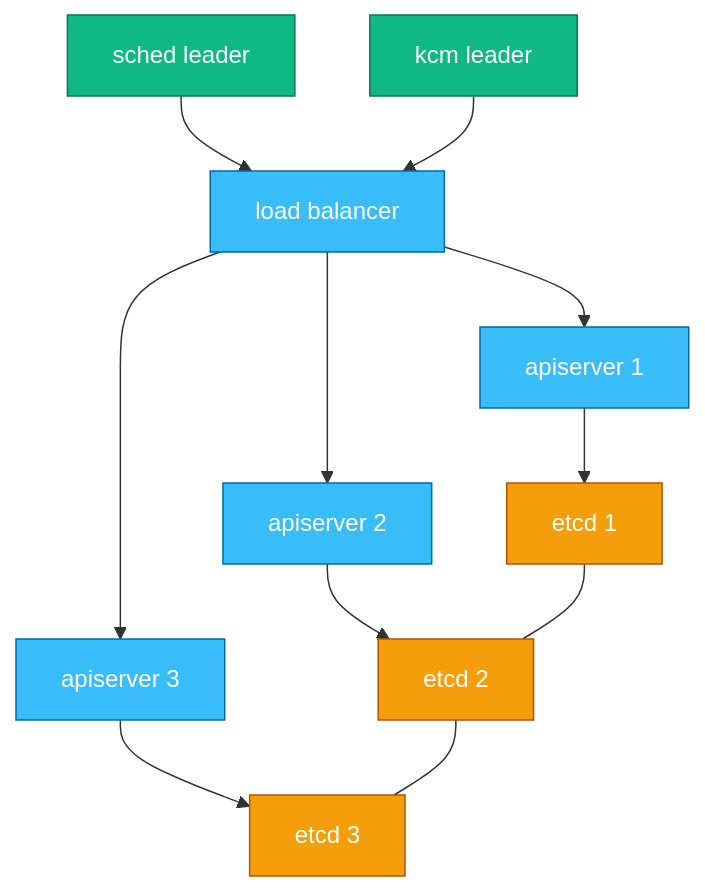
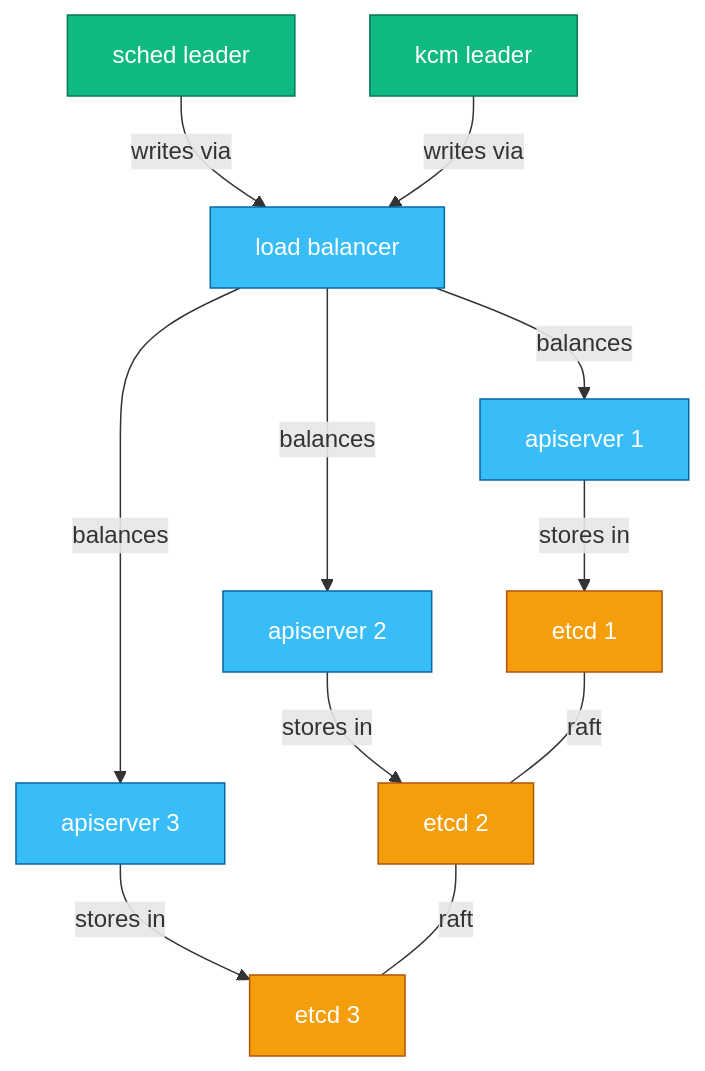
One commit to sanketsudake/k8s-worksheet changed the second of 4 diagrams in chapters/ch10.md. Above: the diagram before and after it, drawn with Mermaid. The commit also changed other lines of this file and 11 other files, not shown here.

````diff
--- a/chapters/ch10.md
+++ b/chapters/ch10.md
@@ -56,21 +56,21 @@
 ```mermaid
 flowchart TD
-  S[sched leader] --> LB[load balancer]
-  C[kcm leader] --> LB
-  LB --> A1[apiserver 1]
-  LB --> A2[apiserver 2]
-  LB --> A3[apiserver 3]
-  A1 --> E1[etcd 1]
-  A2 --> E2[etcd 2]
-  A3 --> E3[etcd 3]
-  E1 --- E2
-  E2 --- E3
+  S[sched leader] -->|writes via| LB[load balancer]
+  C[kcm leader] -->|writes via| LB
+  LB -->|balances| A1[apiserver 1]
+  LB -->|balances| A2[apiserver 2]
+  LB -->|balances| A3[apiserver 3]
+  A1 -->|stores in| E1[etcd 1]
+  A2 -->|stores in| E2[etcd 2]
+  A3 -->|stores in| E3[etcd 3]
+  E1 ---|raft| E2
+  E2 ---|raft| E3
 
   classDef leader fill:#10b981,stroke:#047857,color:#fff
   classDef process fill:#38bdf8,stroke:#0369a1,color:#fff
   classDef lease fill:#f59e0b,stroke:#b45309,color:#fff
   class S,C leader
   class LB process
   class A1,A2,A3 process
   class E1,E2,E3 lease
 ```
````
